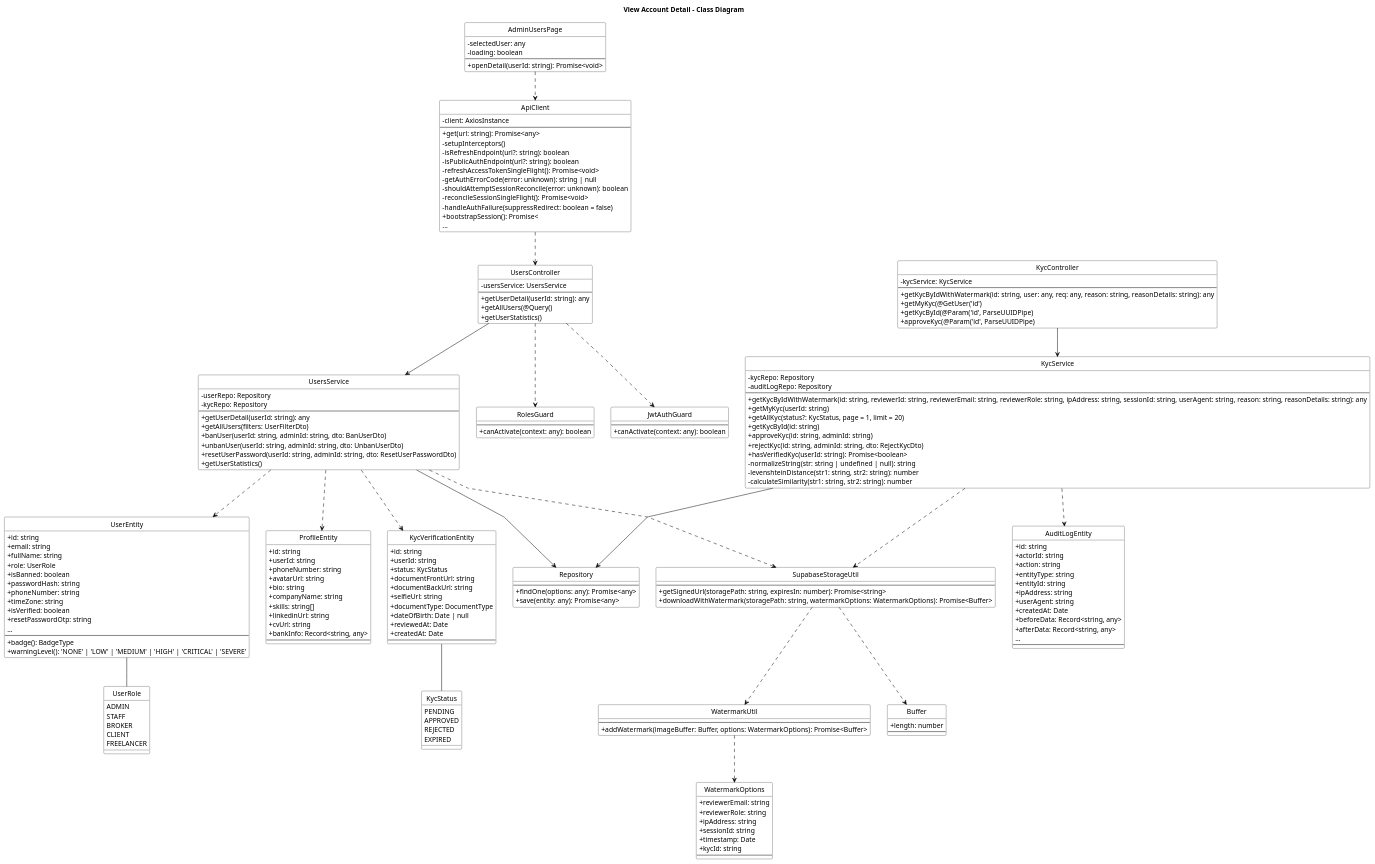
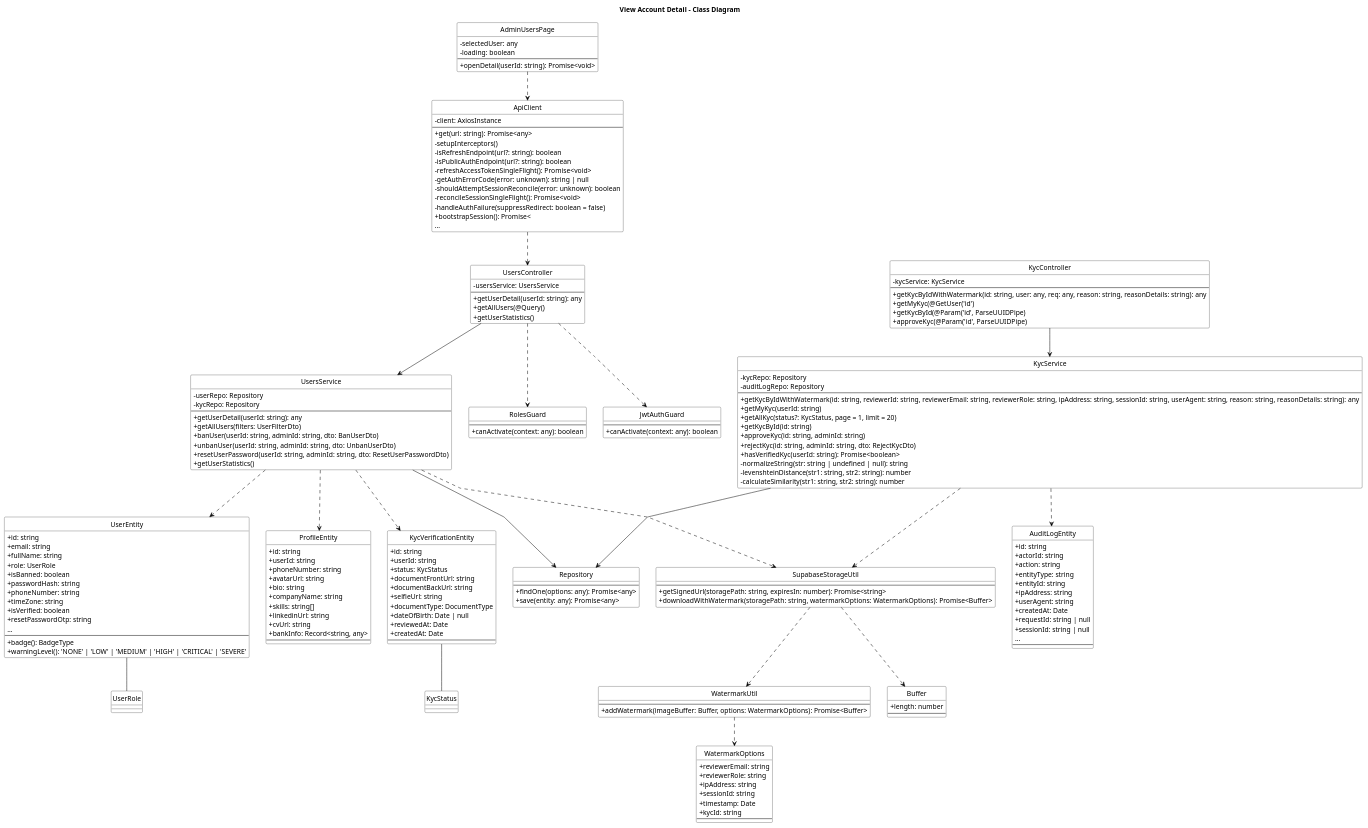
One commit to bangdcce/SEP492-Project changed the diagram in diagram/class_diagrams/view_account_detail_class_diagram_compact.puml. Above: the diagram before and after it, drawn with PlantUML. The commit also changed 40 other files, not shown here.

```diff
--- a/diagram/class_diagrams/view_account_detail_class_diagram_compact.puml
+++ b/diagram/class_diagrams/view_account_detail_class_diagram_compact.puml
@@ -156,13 +156,6 @@
     --
 }
 
-enum UserRole {
-    ADMIN
-    STAFF
-    BROKER
-    CLIENT
-    FREELANCER
-}
 
 class KycVerificationEntity {
     + id: string
@@ -178,12 +171,6 @@
     --
 }
 
-enum KycStatus {
-    PENDING
-    APPROVED
-    REJECTED
-    EXPIRED
-}
 
 class AuditLogEntity {
     + id: string
@@ -194,8 +181,8 @@
     + ipAddress: string
     + userAgent: string
     + createdAt: Date
-    + beforeData: Record<string, any>
-    + afterData: Record<string, any>
+    + requestId: string | null
+    + sessionId: string | null
     ...
     --
 }
```
